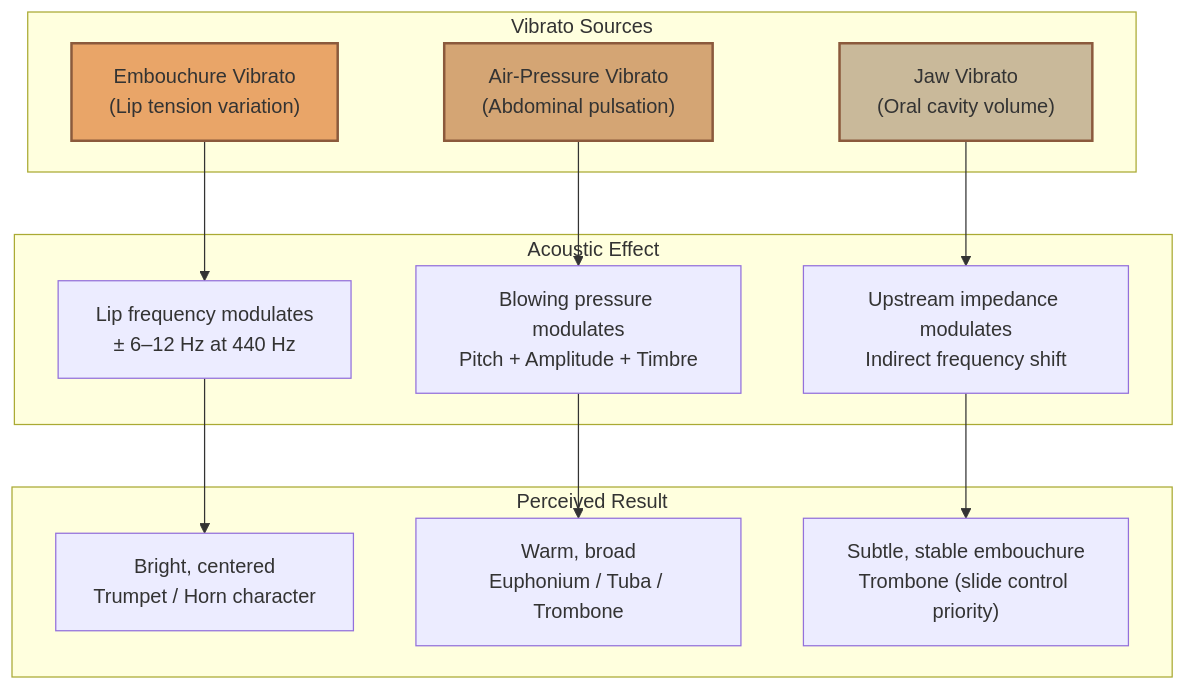
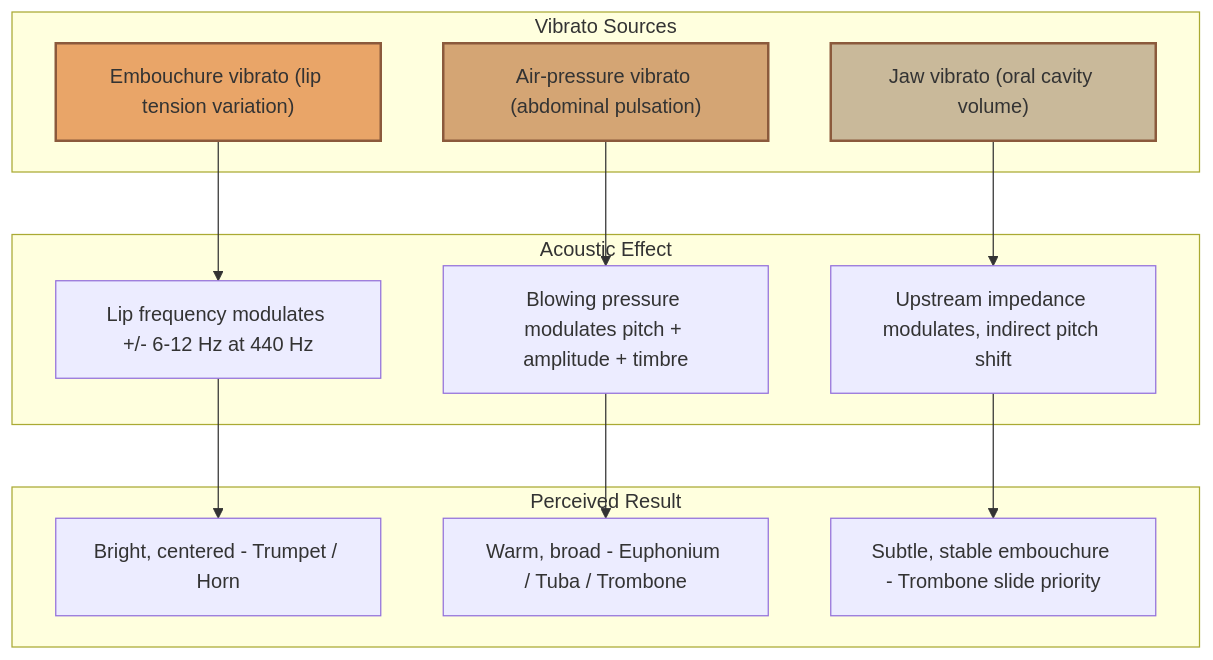
Before and after one commit to blebleblee/synapse: the fourth of 4 diagrams in topics/arts/music_performance/brass/lesson_02_articulation_and_vibrato.md, drawn with Mermaid. The commit also changed other lines of this file and 4 other files, not shown here.

````diff
--- a/topics/arts/music_performance/brass/lesson_02_articulation_and_vibrato.md
+++ b/topics/arts/music_performance/brass/lesson_02_articulation_and_vibrato.md
@@ -180,28 +172,28 @@
 ```mermaid
 graph TD
     subgraph sub_sources ["Vibrato Sources"]
-        V1["Embouchure Vibrato\n(Lip tension variation)"]
-        V2["Air-Pressure Vibrato\n(Abdominal pulsation)"]
-        V3["Jaw Vibrato\n(Oral cavity volume)"]
+        V1["Embouchure vibrato (lip tension variation)"]
+        V2["Air-pressure vibrato (abdominal pulsation)"]
+        V3["Jaw vibrato (oral cavity volume)"]
     end
 
     subgraph sub_effects ["Acoustic Effect"]
-        E1["Lip frequency modulates\n± 6–12 Hz at 440 Hz"]
-        E2["Blowing pressure modulates\nPitch + Amplitude + Timbre"]
-        E3["Upstream impedance modulates\nIndirect frequency shift"]
+        E1["Lip frequency modulates +/- 6-12 Hz at 440 Hz"]
+        E2["Blowing pressure modulates pitch + amplitude + timbre"]
+        E3["Upstream impedance modulates, indirect pitch shift"]
     end
 
     subgraph sub_perception ["Perceived Result"]
-        P1["Bright, centered\nTrumpet / Horn character"]
-        P2["Warm, broad\nEuphonium / Tuba / Trombone"]
-        P3["Subtle, stable embouchure\nTrombone (slide control priority)"]
+        P1["Bright, centered - Trumpet / Horn"]
+        P2["Warm, broad - Euphonium / Tuba / Trombone"]
+        P3["Subtle, stable embouchure - Trombone slide priority"]
     end
 
     V1 --> E1 --> P1
     V2 --> E2 --> P2
     V3 --> E3 --> P3
 
     style V1 fill:#E9A568,stroke:#8B5A3C,stroke-width:2px
     style V2 fill:#D4A574,stroke:#8B5A3C,stroke-width:2px
     style V3 fill:#C9B99A,stroke:#8B5A3C,stroke-width:2px
 ```
````
